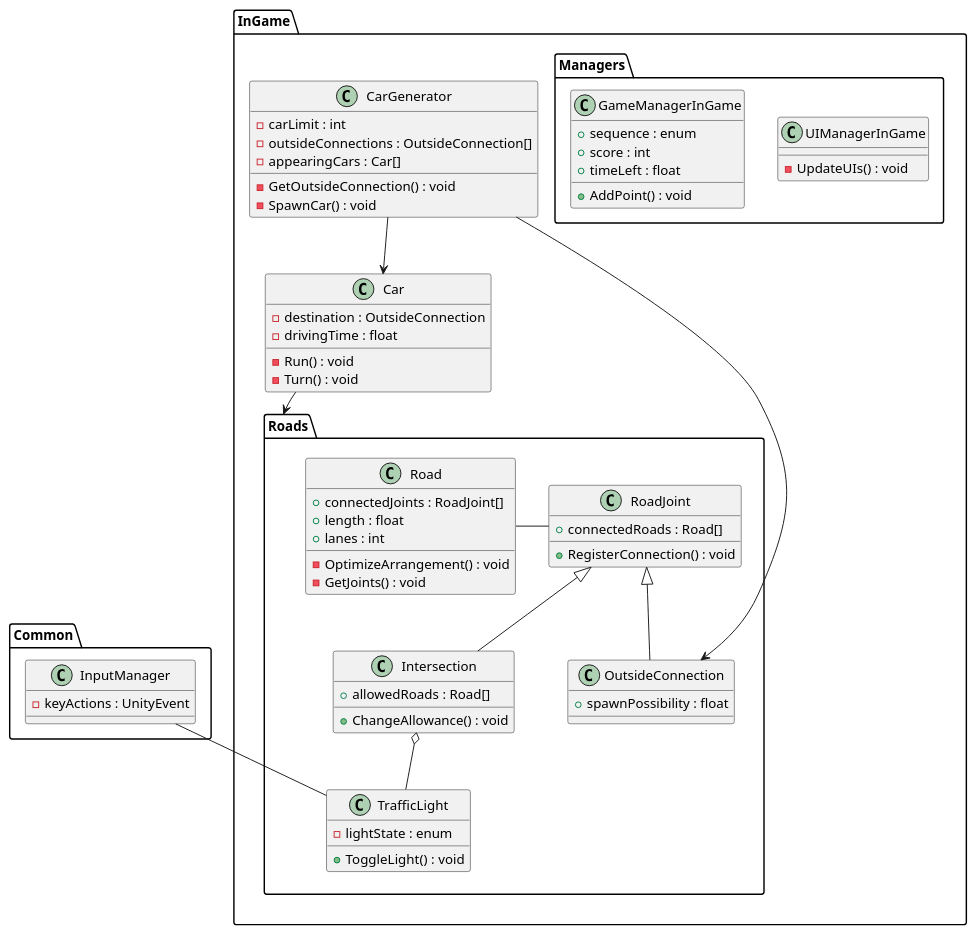
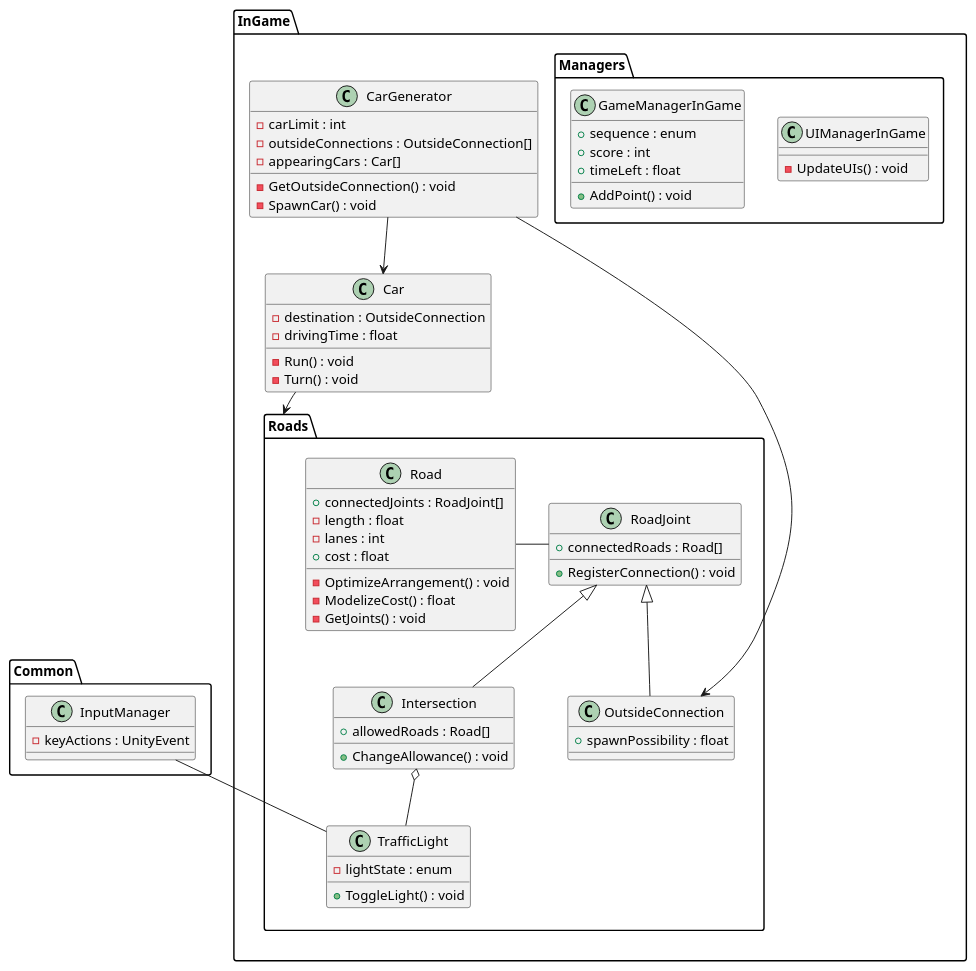
Before and after one commit to konbraphat51/TrafficLights: the diagram in UML/Class.puml, drawn with PlantUML. The commit also changed 7 other files, not shown here.

```diff
--- a/UML/Class.puml
+++ b/UML/Class.puml
@@ -1,83 +1,85 @@
 @startuml
 
 package Common{
     class InputManager{
         -keyActions : UnityEvent
     }
 }
 
 package InGame{
     package Roads{
         class Road{
             +connectedJoints : RoadJoint[]
-            +length : float
-            +lanes : int
+            -length : float
+            -lanes : int
+            +cost : float
             -OptimizeArrangement() : void
+            -ModelizeCost() : float
             -GetJoints() : void
         }
 
         class RoadJoint{
             +connectedRoads : Road[]
             +RegisterConnection() : void
         }
 
         Road - RoadJoint
 
         class Intersection{
             +allowedRoads : Road[]
             +ChangeAllowance() : void
         }
 
         RoadJoint <|-- Intersection
 
         class OutsideConnection{
             +spawnPossibility : float
         }
 
         RoadJoint <|-- OutsideConnection
 
         class TrafficLight{
             -lightState : enum
             +ToggleLight() : void
         }
 
         Intersection o-- TrafficLight
 
         InputManager -- TrafficLight
     }
     
     class Car{
         -destination : OutsideConnection
         -drivingTime : float
         -Run() : void
         -Turn() : void
     }
 
     Car --> Roads
 
     class CarGenerator{
         -carLimit : int
         -outsideConnections : OutsideConnection[]
         -appearingCars : Car[]
         -GetOutsideConnection() : void
         -SpawnCar() : void
     }
 
     CarGenerator --> Car
     CarGenerator --> OutsideConnection
 
     package Managers{
         class UIManagerInGame{
             -UpdateUIs() : void
         }
 
         class GameManagerInGame{
             +sequence : enum
             +score : int
             +timeLeft : float
             +AddPoint() : void
         }
     }
 }
 
 @enduml
```
